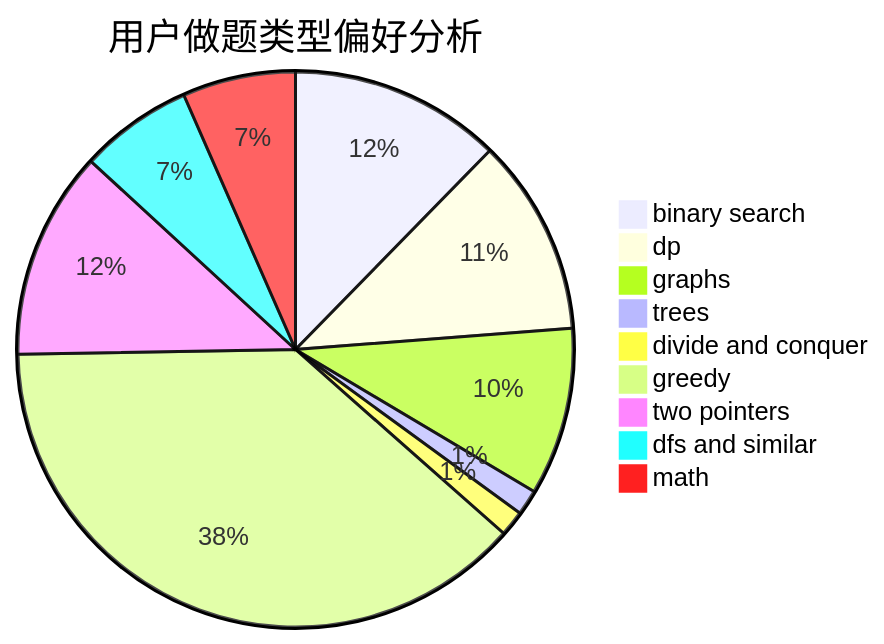
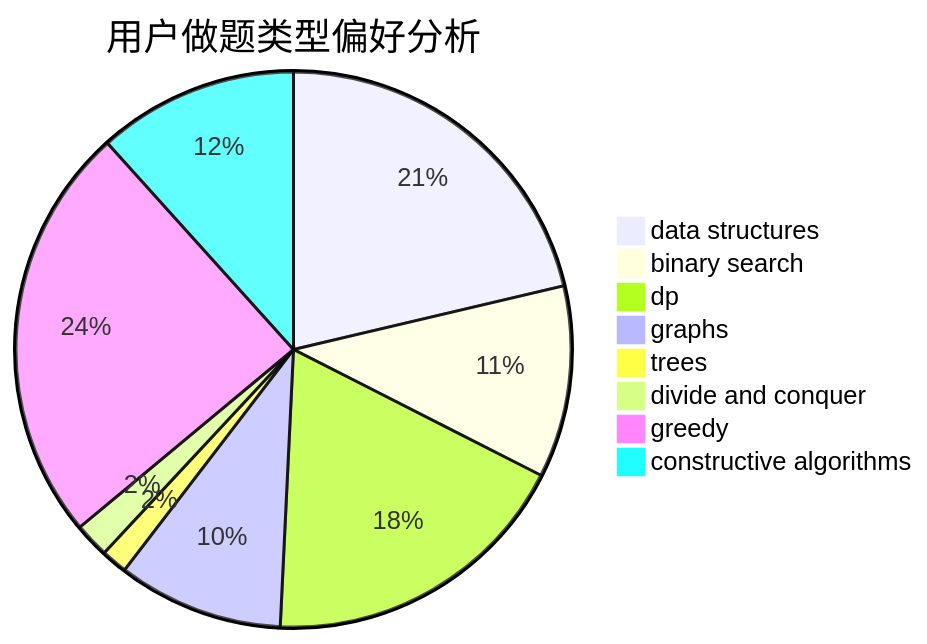
One commit to sherpahu/cfrs.github.io changed the second of 3 diagrams in docs/user/u1520.md. Above: the diagram before and after it, drawn with Mermaid. The commit also changed other lines of this file and 2775 other files, not shown here.

````diff
--- a/docs/user/u1520.md
+++ b/docs/user/u1520.md
@@ -23,12 +23,11 @@
 ```mermaid
 pie title 用户做题类型偏好分析
-    "binary search" :  58
-    "dp" :  54
-    "graphs" :  46
-    "trees" :  7
-    "divide and conquer" :  7
-    "greedy" :  180
-    "two pointers" :  57
-    "dfs and similar" :  31
-    "math" :  31
+    "data structures" :  42
+    "binary search" :  22
+    "dp" :  36
+    "graphs" :  19
+    "trees" :  3
+    "divide and conquer" :  4
+    "greedy" :  48
+    "constructive algorithms" :  23
 ```
````
